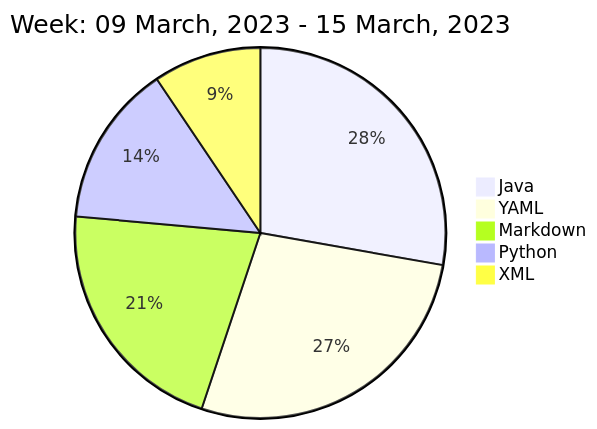
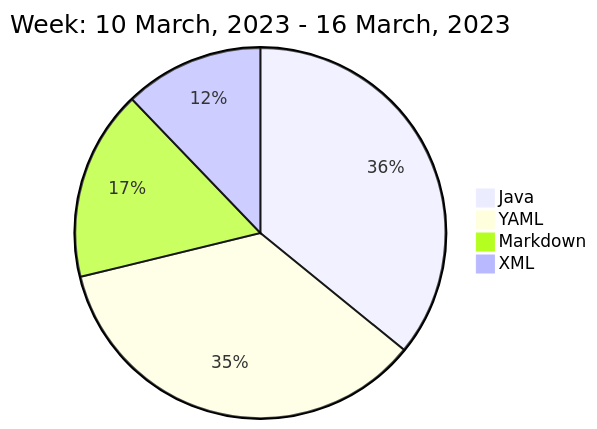
One commit to liubin95/liubin95 changed the diagram in README.md. Above: the diagram before and after it, drawn with Mermaid.

Commit message:
Updated the Graph with new Metrics

````diff
--- a/README.md
+++ b/README.md
@@ -40,9 +40,8 @@
 ```mermaid
  pie
-title Week: 09 March, 2023 - 15 March, 2023
+title Week: 10 March, 2023 - 16 March, 2023
  "Java" : 3.3
  "YAML" : 3.25
- "Markdown" : 2.53
- "Python" : 1.68
+ "Markdown" : 1.53
  "XML" : 1.12
 ```
````
